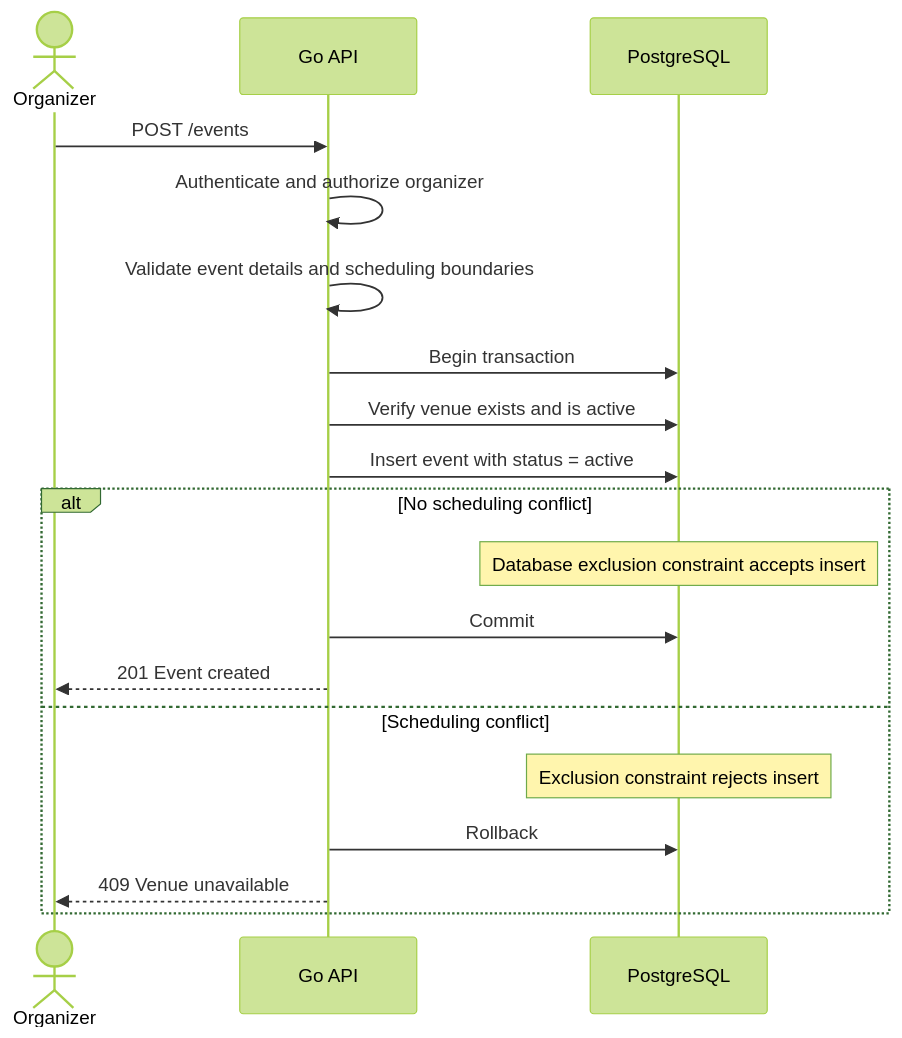
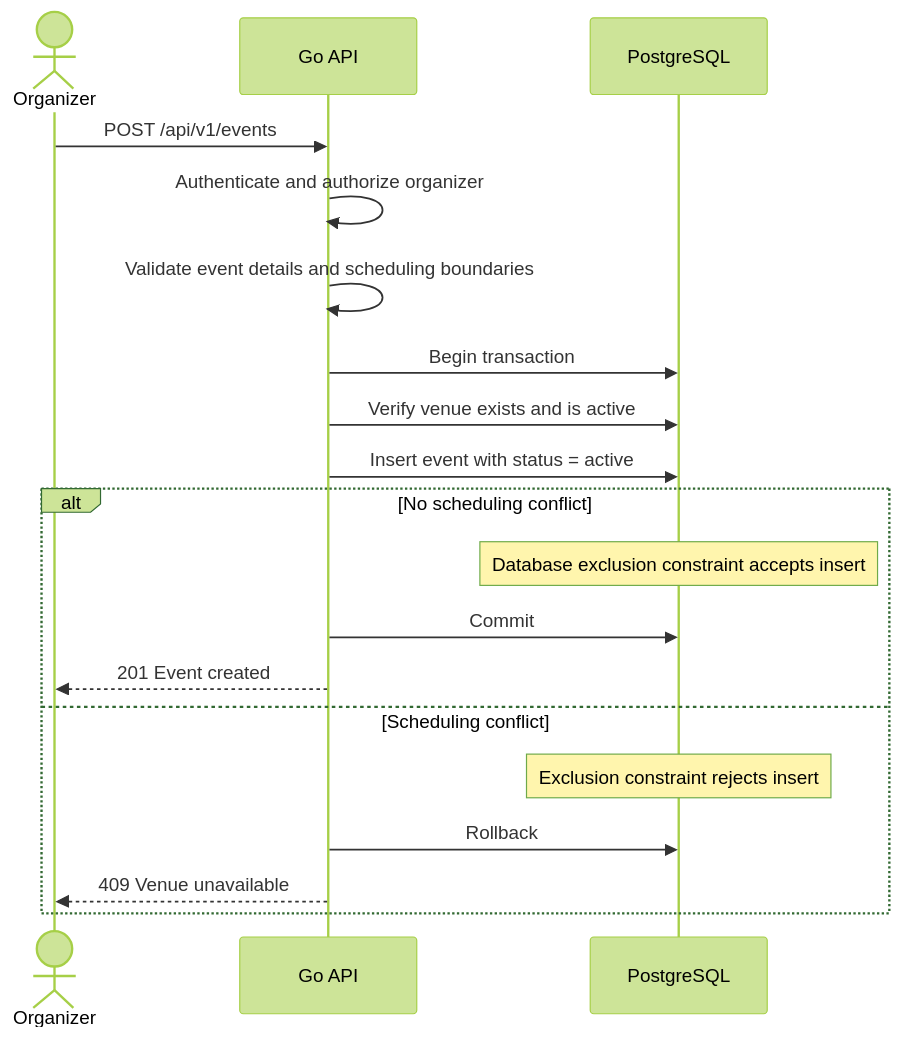
Before and after one commit to Punith1117/ticket-forge: the seventh of 15 diagrams in docs/sequence-diagrams.md, drawn with Mermaid (forest theme). The commit also changed other lines of this file and 7 other files, not shown here.

````diff
--- a/docs/sequence-diagrams.md
+++ b/docs/sequence-diagrams.md
@@ -8,25 +271,25 @@
 ```mermaid
 sequenceDiagram
     actor O as Organizer
     participant API as Go API
     participant DB as PostgreSQL
 
-    O->>API: POST /events
+    O->>API: POST /api/v1/events
     API->>API: Authenticate and authorize organizer
     API->>API: Validate event details and scheduling boundaries
 
     API->>DB: Begin transaction
     API->>DB: Verify venue exists and is active
     API->>DB: Insert event with status = active
 
     alt No scheduling conflict
         Note over DB: Database exclusion constraint accepts insert
         API->>DB: Commit
         API-->>O: 201 Event created
 
     else Scheduling conflict
         Note over DB: Exclusion constraint rejects insert
         API->>DB: Rollback
         API-->>O: 409 Venue unavailable
     end
 ```
````
